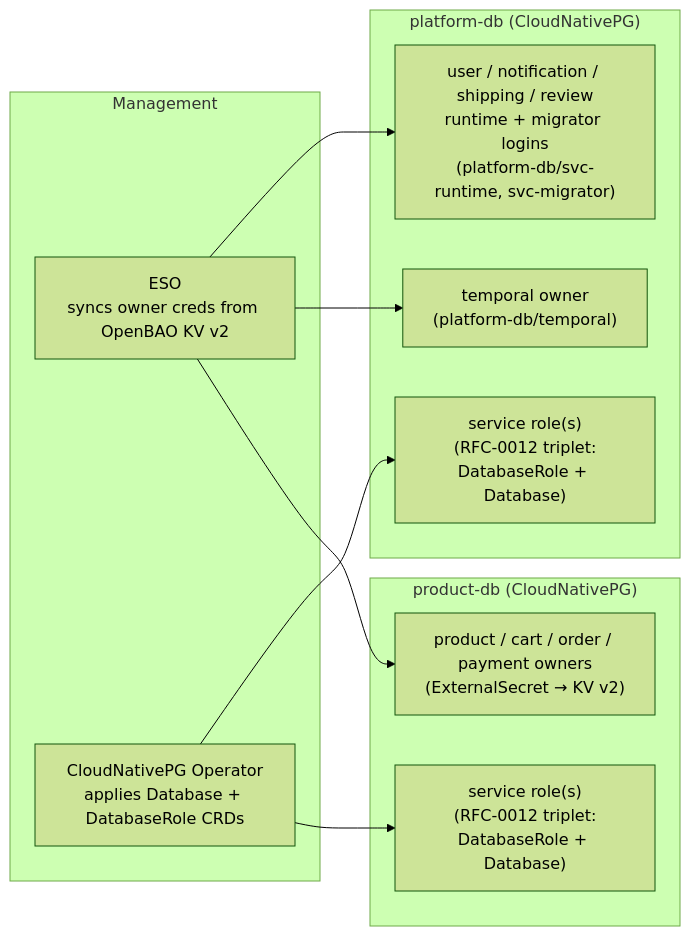
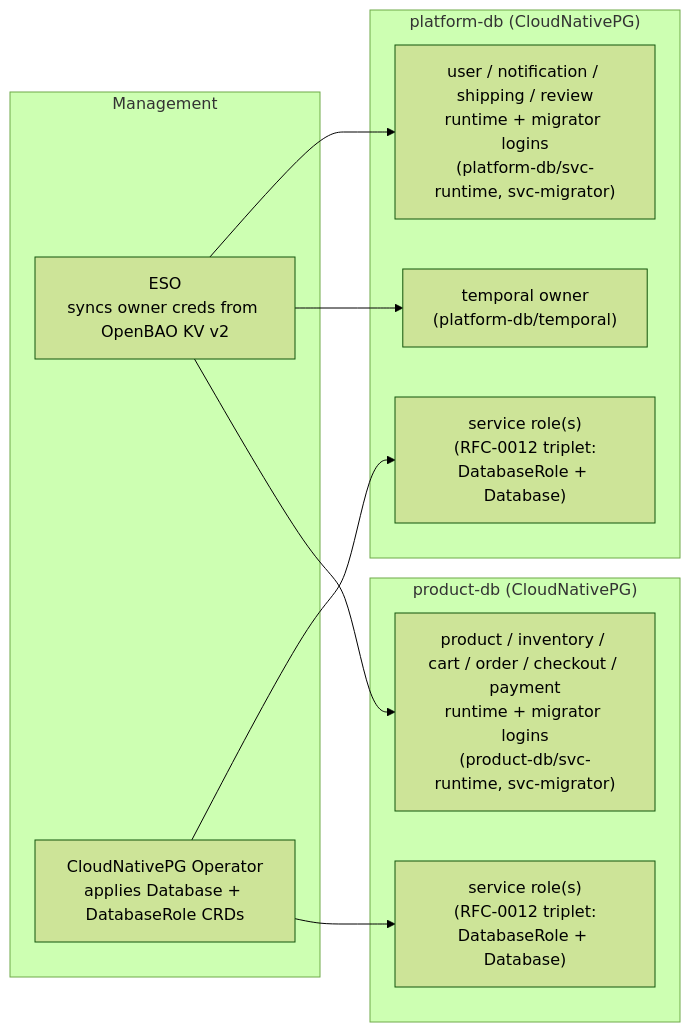
Before and after one commit to duynhlab/homelab: diagram 14 of 19 in docs/secrets/openbao.md, drawn with Mermaid (forest theme). The commit also changed other lines of this file and 59 other files, not shown here.

````diff
--- a/docs/secrets/openbao.md
+++ b/docs/secrets/openbao.md
@@ -729,21 +737,21 @@
 ```mermaid
 flowchart LR
     subgraph cnpg_platform["platform-db (CloudNativePG)"]
         p_shared["user / notification / shipping / review\nruntime + migrator logins\n(platform-db/svc-runtime, svc-migrator)"]
         p_temporal["temporal owner\n(platform-db/temporal)"]
         p_roles["service role(s)\n(RFC-0012 triplet:\nDatabaseRole + Database)"]
     end
 
     subgraph cnpg_product["product-db (CloudNativePG)"]
-        prod_owners["product / cart / order / payment owners\n(ExternalSecret → KV v2)"]
+        prod_owners["product / inventory / cart / order / checkout / payment\nruntime + migrator logins\n(product-db/svc-runtime, svc-migrator)"]
         prod_roles["service role(s)\n(RFC-0012 triplet:\nDatabaseRole + Database)"]
     end
 
     subgraph management["Management"]
         eso_mgr["ESO\nsyncs owner creds from OpenBAO KV v2"]
         cnpg_op["CloudNativePG Operator\napplies Database + DatabaseRole CRDs"]
     end
 
     eso_mgr --> p_shared & p_temporal & prod_owners
     cnpg_op --> p_roles & prod_roles
 ```
````
